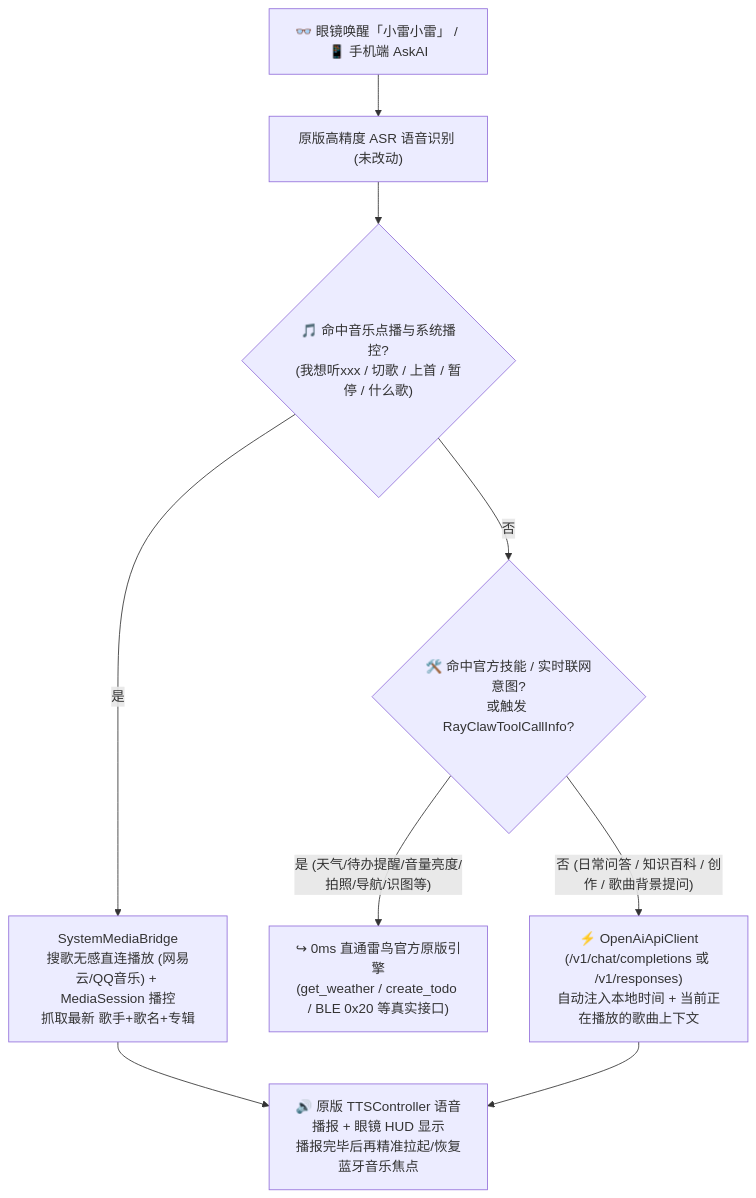
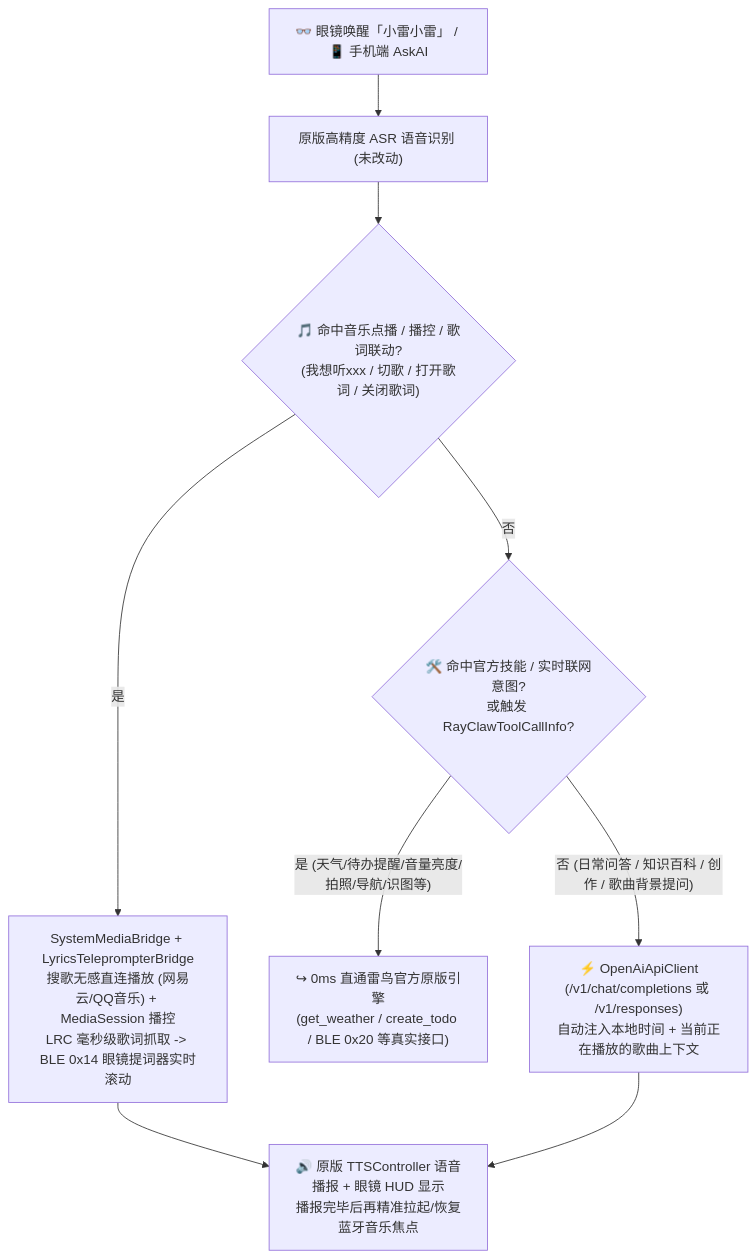
The diagram in README.md (Tokeii0/LovelyRayNeoio), drawn with Mermaid before and after one commit. The commit also changed other lines of this file and 22 other files, not shown here.

Commit message:
feat: add real-time music lyrics <-> glasses teleprompter sync (BLE 0x14 + LRC)

````diff
--- a/README.md
+++ b/README.md
@@ -40,15 +44,15 @@
 ```mermaid
 flowchart TD
     Wake["👓 眼镜唤醒「小雷小雷」 / 📱 手机端 AskAI"] --> ASR["原版高精度 ASR 语音识别 (未改动)"]
-    ASR --> MediaCheck{"🎵 命中音乐点播与系统播控?\n(我想听xxx / 切歌 / 上首 / 暂停 / 什么歌)"}
+    ASR --> MediaCheck{"🎵 命中音乐点播 / 播控 / 歌词联动?\n(我想听xxx / 切歌 / 打开歌词 / 关闭歌词)"}
 
-    MediaCheck -- "是" --> MediaBridge["SystemMediaBridge\n搜歌无感直连播放 (网易云/QQ音乐) + MediaSession 播控\n抓取最新 歌手+歌名+专辑"]
+    MediaCheck -- "是" --> MediaBridge["SystemMediaBridge + LyricsTeleprompterBridge\n搜歌无感直连播放 (网易云/QQ音乐) + MediaSession 播控\nLRC 毫秒级歌词抓取 -> BLE 0x14 眼镜提词器实时滚动"]
     MediaBridge --> OrigTTS["🔊 原版 TTSController 语音播报 + 眼镜 HUD 显示\n播报完毕后再精准拉起/恢复蓝牙音乐焦点"]
 
     MediaCheck -- "否" --> SkillCheck{"🛠️ 命中官方技能 / 实时联网意图?\n或触发 RayClawToolCallInfo?"}
 
     SkillCheck -- "是 (天气/待办提醒/音量亮度/拍照/导航/识图等)" --> Official["↪ 0ms 直通雷鸟官方原版引擎\n(get_weather / create_todo / BLE 0x20 等真实接口)"]
 
     SkillCheck -- "否 (日常问答 / 知识百科 / 创作 / 歌曲背景提问)" --> CustomLLM["⚡ OpenAiApiClient\n(/v1/chat/completions 或 /v1/responses)\n自动注入本地时间 + 当前正在播放的歌曲上下文"]
     CustomLLM --> OrigTTS
 ```
````
